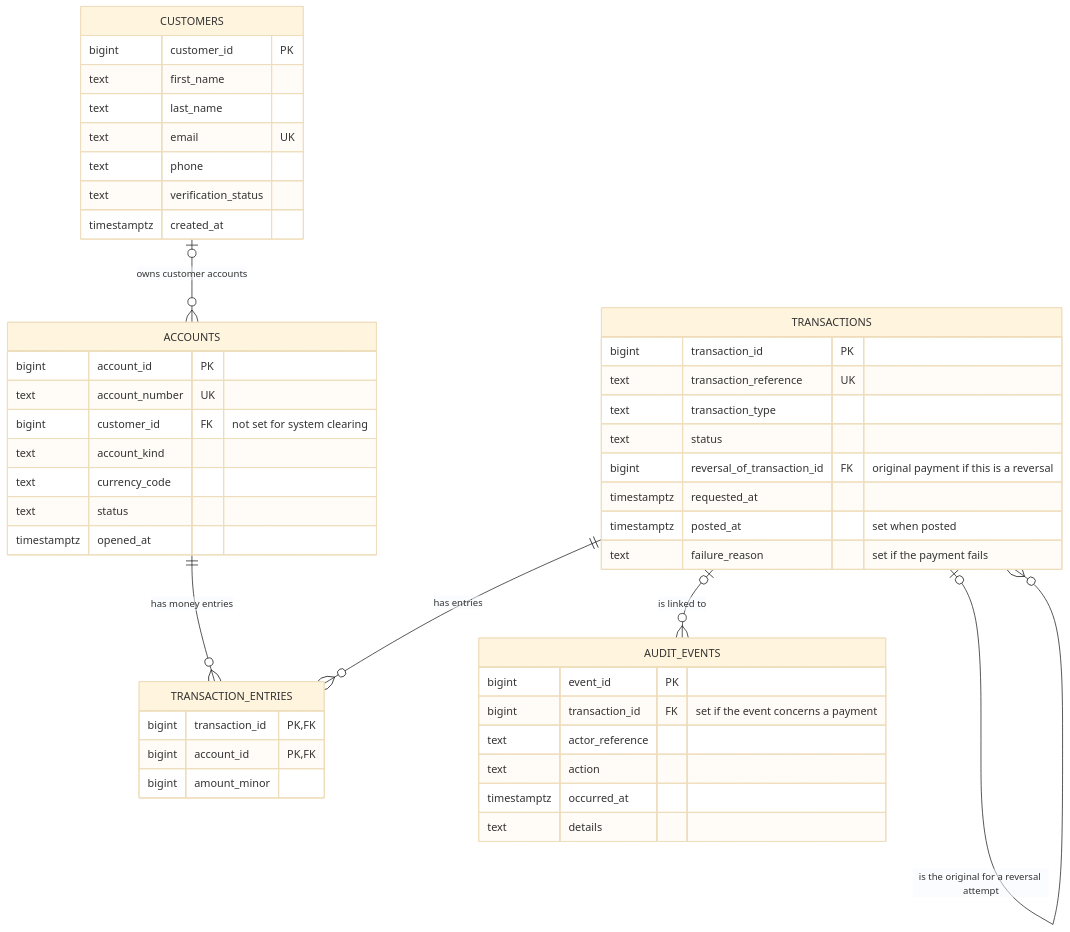
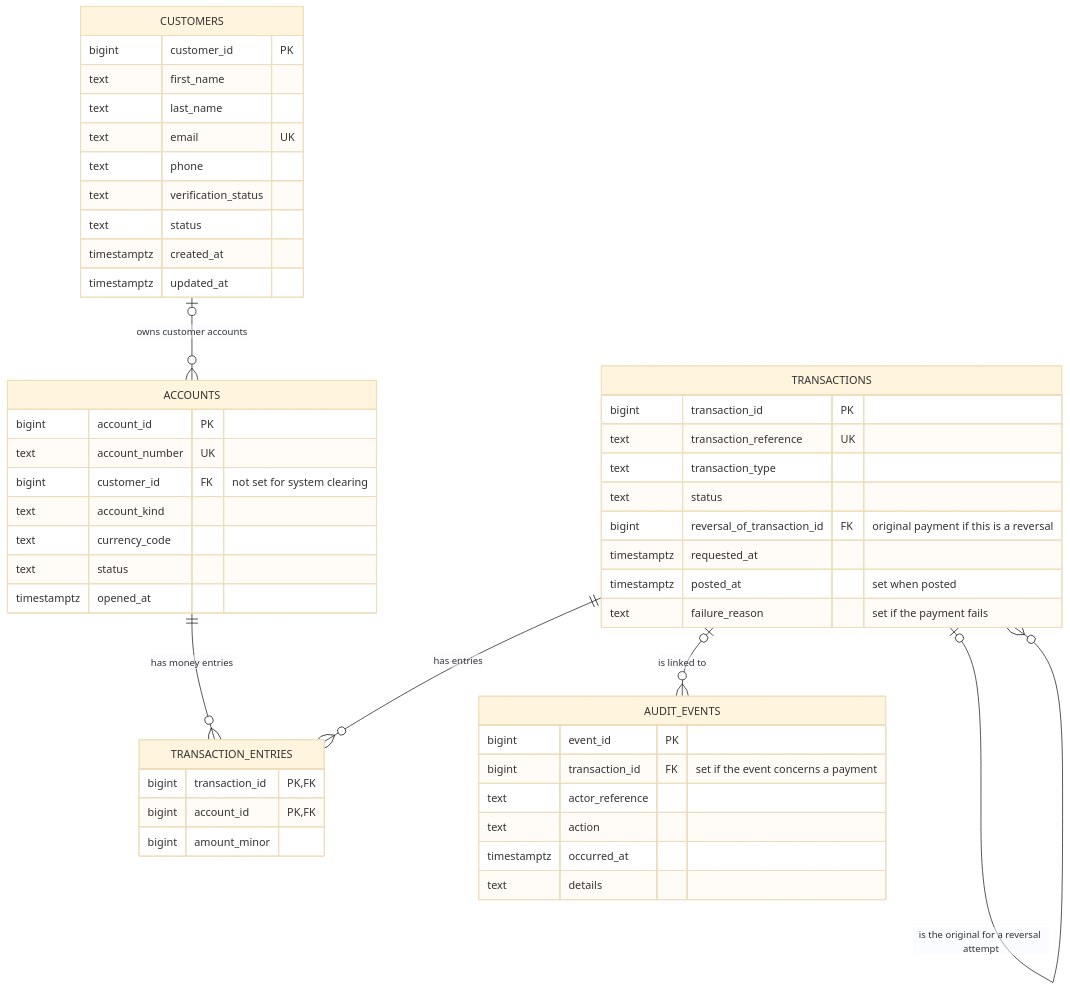
Before and after one commit to hafolabi/Oladipo_Afolabi_301919753: the diagram in Oladipo_Afolabi_301919753_Portfolio1DatabaseDesign/er_diagram.mmd, drawn with Mermaid (base theme). The commit also changed 23 other files, not shown here.

```diff
--- a/Oladipo_Afolabi_301919753_Portfolio1DatabaseDesign/er_diagram.mmd
+++ b/Oladipo_Afolabi_301919753_Portfolio1DatabaseDesign/er_diagram.mmd
@@ -1,48 +1,50 @@
 erDiagram
     CUSTOMERS o|--o{ ACCOUNTS : "owns customer accounts"
     ACCOUNTS ||--o{ TRANSACTION_ENTRIES : "has money entries"
     TRANSACTIONS ||--o{ TRANSACTION_ENTRIES : "has entries"
     TRANSACTIONS o|--o{ AUDIT_EVENTS : "is linked to"
     TRANSACTIONS o|--o{ TRANSACTIONS : "is the original for a reversal attempt"
 
     CUSTOMERS {
         bigint customer_id PK
         text first_name
         text last_name
         text email UK
         text phone
         text verification_status
+        text status
         timestamptz created_at
+        timestamptz updated_at
     }
     ACCOUNTS {
         bigint account_id PK
         text account_number UK
         bigint customer_id FK "not set for system clearing"
         text account_kind
         text currency_code
         text status
         timestamptz opened_at
     }
     TRANSACTIONS {
         bigint transaction_id PK
         text transaction_reference UK
         text transaction_type
         text status
         bigint reversal_of_transaction_id FK "original payment if this is a reversal"
         timestamptz requested_at
         timestamptz posted_at "set when posted"
         text failure_reason "set if the payment fails"
     }
     TRANSACTION_ENTRIES {
         bigint transaction_id PK,FK
         bigint account_id PK,FK
         bigint amount_minor
     }
     AUDIT_EVENTS {
         bigint event_id PK
         bigint transaction_id FK "set if the event concerns a payment"
         text actor_reference
         text action
         timestamptz occurred_at
         text details
     }
```
